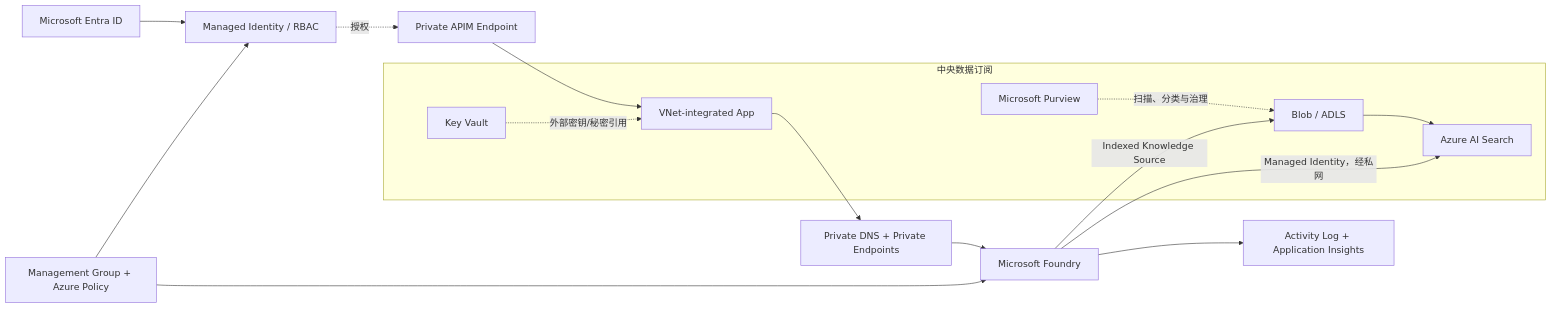
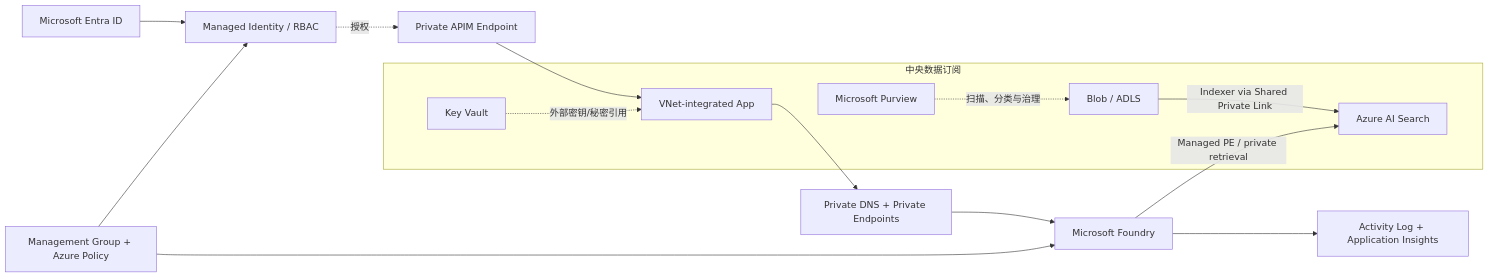
One commit to miku-wwl/certforge changed the diagram in architecture-az/10_私有网络_多账户与数据驻留.md. Above: the diagram before and after it, drawn with Mermaid. The commit also changed other lines of this file and 29 other files, not shown here.

Commit message:
docs: refine Azure architecture diagrams

````diff
--- a/architecture-az/10_私有网络_多账户与数据驻留.md
+++ b/architecture-az/10_私有网络_多账户与数据驻留.md
@@ -13,20 +13,19 @@
 ```mermaid
 flowchart LR
     ID[Microsoft Entra ID] --> RBAC[Managed Identity / RBAC]
     RBAC -.授权.-> APIM[Private APIM Endpoint]
     APIM --> APP[VNet-integrated App]
     APP --> PE[Private DNS + Private Endpoints]
     PE --> F[Microsoft Foundry]
 
     subgraph DataSub[中央数据订阅]
-        S[Blob / ADLS] --> SEARCH[Azure AI Search]
+        S[Blob / ADLS] -->|Indexer via Shared Private Link| SEARCH[Azure AI Search]
         KV[Key Vault] -.外部密钥/秘密引用.-> APP
         PUR[Microsoft Purview] -.扫描、分类与治理.-> S
     end
 
-    F -->|Managed Identity，经私网| SEARCH
-    F -->|Indexed Knowledge Source| S
+    F -->|Managed PE / private retrieval| SEARCH
     MG[Management Group + Azure Policy] --> RBAC
     MG --> F
     F --> MON[Activity Log + Application Insights]
 ```
````
